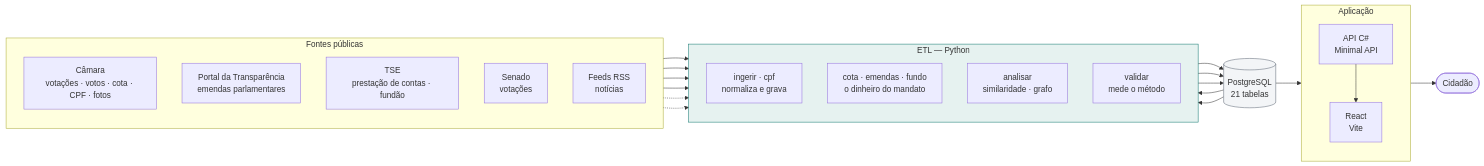
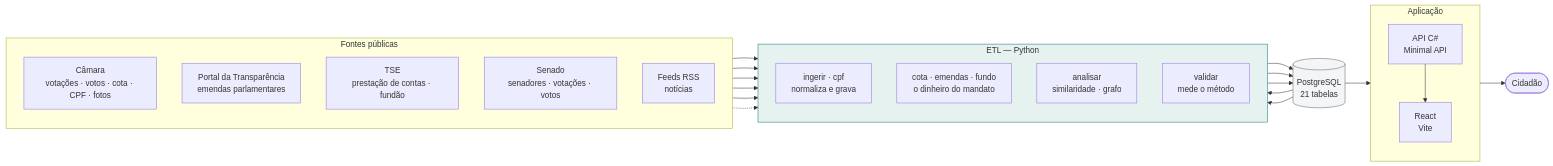
Before and after one commit to IgorLucasAssuncao/poligraph: the second of 6 diagrams in README.md, drawn with Mermaid. The commit also changed other lines of this file and 7 other files, not shown here.

First line of the commit message:
Senado ingerido: 421 votacoes, 34.101 votos, grafo proprio

````diff
--- a/README.md
+++ b/README.md
@@ -244,44 +263,44 @@
 ```mermaid
 flowchart LR
     subgraph FONTES["Fontes públicas"]
         direction TB
         CAM["Câmara<br/>votações · votos · cota · CPF · fotos"]
         POR["Portal da Transparência<br/>emendas parlamentares"]
         TSE["TSE<br/>prestação de contas · fundão"]
-        SEN["Senado<br/>votações"]
+        SEN["Senado<br/>senadores · votações · votos"]
         RSS["Feeds RSS<br/>notícias"]
     end
 
     subgraph ETL["ETL — Python"]
         direction TB
         ING["ingerir · cpf<br/>normaliza e grava"]
         DIN["cota · emendas · fundo<br/>o dinheiro do mandato"]
         ANA["analisar<br/>similaridade · grafo"]
         VAL["validar<br/>mede o método"]
     end
 
     PG[("PostgreSQL<br/>21 tabelas")]
 
     subgraph APP["Aplicação"]
         direction TB
         API["API C#<br/>Minimal API"]
         WEB["React<br/>Vite"]
     end
 
     CIDADAO(["Cidadão"])
 
     CAM --> ING
     CAM --> DIN
     POR --> DIN
     TSE --> DIN
-    SEN -.-> ING
+    SEN --> ING
     RSS -.-> ING
     ING --> PG
     DIN --> PG
     PG --> ANA --> PG
     PG --> VAL
     PG --> API --> WEB --> CIDADAO
 
     style ETL fill:#e6f2f0,stroke:#0f766e
     style PG fill:#f3f5f7,stroke:#5b6673
 ```
````
